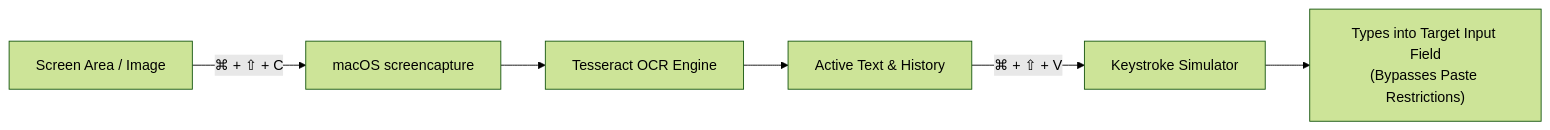
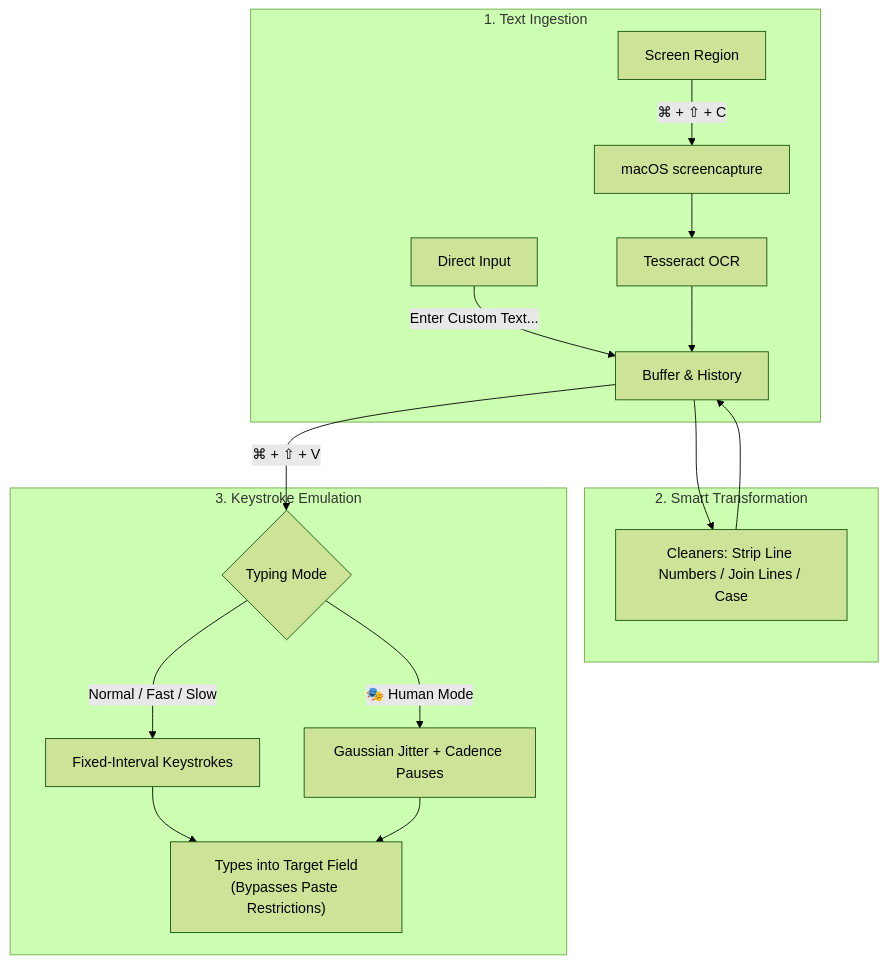
Before and after one commit to bhaveshk25/VisionType: the diagram in README.md, drawn with Mermaid (forest theme). The commit also changed other lines of this file and 1 other file, not shown here.

Commit message:
Add Human Typing Mode, smart text cleaners, custom text modal, live stats, and audio feedback

````diff
--- a/README.md
+++ b/README.md
@@ -36,8 +50,22 @@
 ```mermaid
-flowchart LR
-    A["Screen Area / Image"] -->|"⌘ + ⇧ + C"| B["macOS screencapture"]
-    B --> C["Tesseract OCR Engine"]
-    C --> D["Active Text & History"]
-    D -->|"⌘ + ⇧ + V"| E["Keystroke Simulator"]
-    E --> F["Types into Target Input Field\n(Bypasses Paste Restrictions)"]
+flowchart TD
+    subgraph Capture["1. Text Ingestion"]
+        A["Screen Region"] -->|"⌘ + ⇧ + C"| B["macOS screencapture"]
+        B --> C["Tesseract OCR"]
+        D["Direct Input"] -->|"Enter Custom Text..."| E["Buffer & History"]
+        C --> E
+    end
+
+    subgraph Cleaning["2. Smart Transformation"]
+        E --> F["Cleaners: Strip Line Numbers / Join Lines / Case"]
+        F --> E
+    end
+
+    subgraph Typing["3. Keystroke Emulation"]
+        E -->|"⌘ + ⇧ + V"| G{"Typing Mode"}
+        G -->|"Normal / Fast / Slow"| H["Fixed-Interval Keystrokes"]
+        G -->|"🎭 Human Mode"| I["Gaussian Jitter + Cadence Pauses"]
+        H --> J["Types into Target Field\n(Bypasses Paste Restrictions)"]
+        I --> J
+    end
 ```
````
